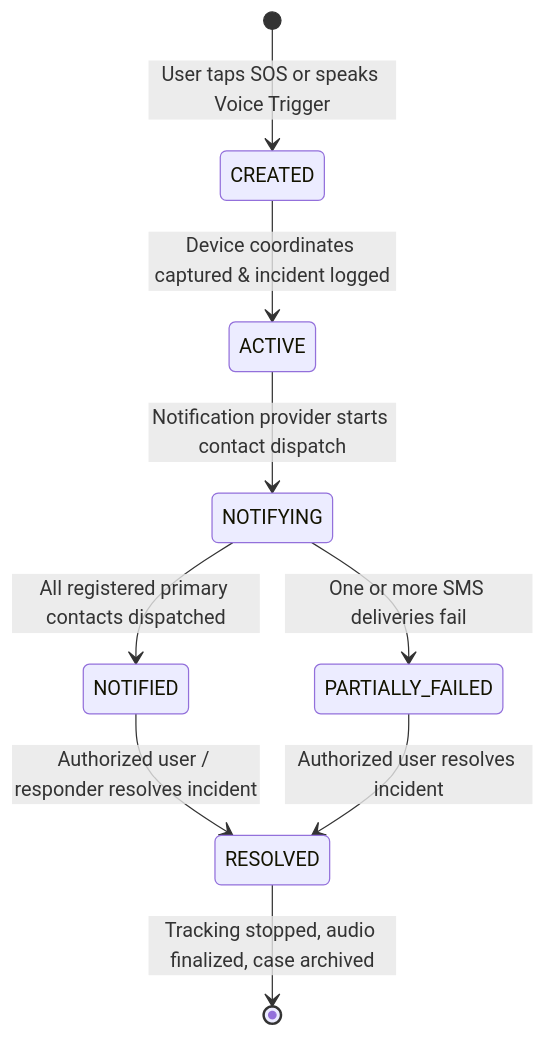
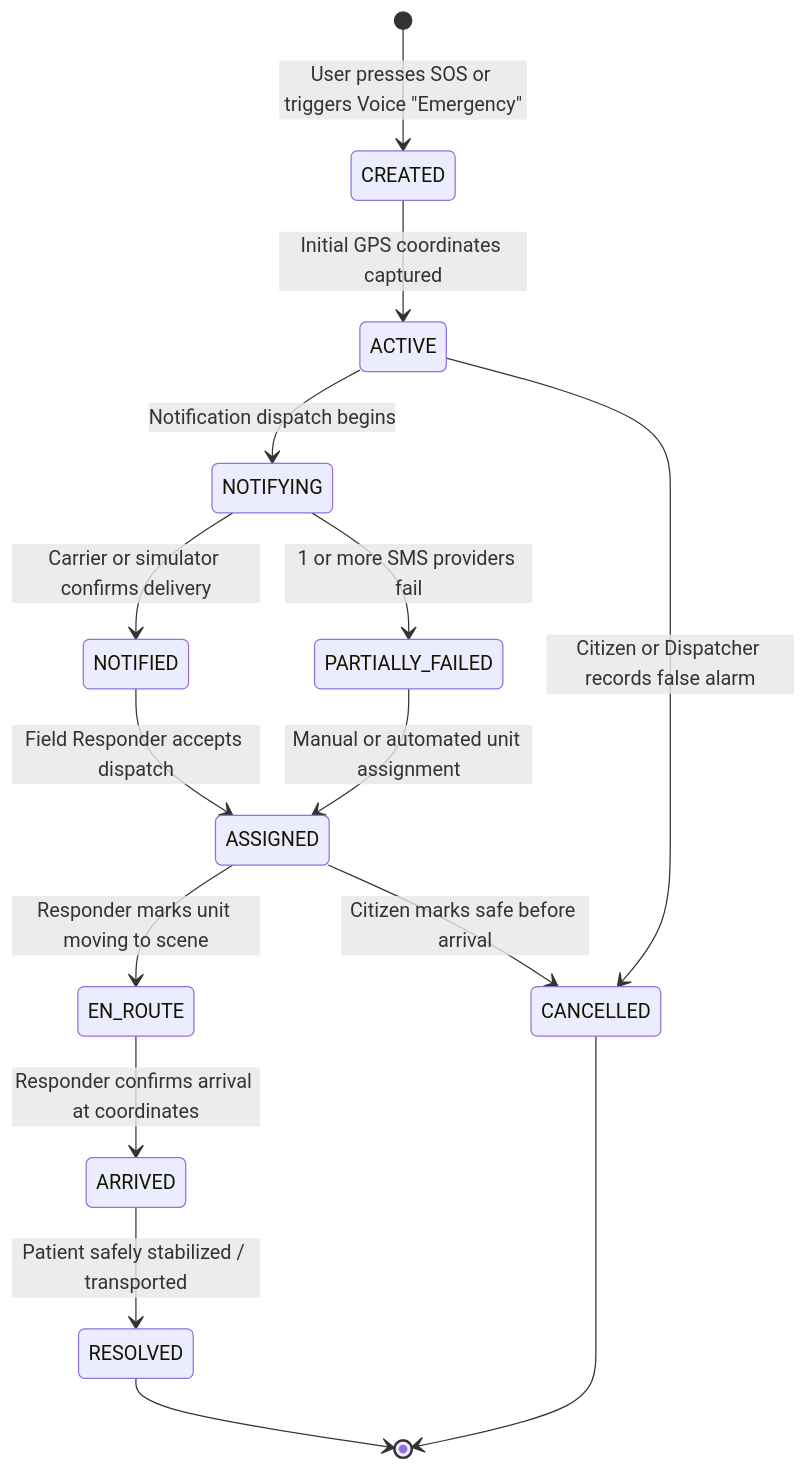
Before and after one commit to adityachourasiya30-ship-it/clinical-sanctuary: the second of 2 diagrams in docs/ARCHITECTURE.md, drawn with Mermaid. The commit also changed other lines of this file and 43 other files, not shown here.

Commit message:
Feat: Complete Next-Gen Clinical Sanctuary platform (Midnight Teal + Coral identity, 3 user personas, responder/dispatch architecture, and launcher)

````diff
--- a/docs/ARCHITECTURE.md
+++ b/docs/ARCHITECTURE.md
@@ -63,11 +73,17 @@
 ```mermaid
 stateDiagram-v2
-    [*] --> CREATED: User taps SOS or speaks Voice Trigger
-    CREATED --> ACTIVE: Device coordinates captured & incident logged
-    ACTIVE --> NOTIFYING: Notification provider starts contact dispatch
-    NOTIFYING --> NOTIFIED: All registered primary contacts dispatched
-    NOTIFYING --> PARTIALLY_FAILED: One or more SMS deliveries fail
-    NOTIFIED --> RESOLVED: Authorized user / responder resolves incident
-    PARTIALLY_FAILED --> RESOLVED: Authorized user resolves incident
-    RESOLVED --> [*]: Tracking stopped, audio finalized, case archived
+    [*] --> CREATED: User presses SOS or triggers Voice "Emergency"
+    CREATED --> ACTIVE: Initial GPS coordinates captured
+    ACTIVE --> NOTIFYING: Notification dispatch begins
+    NOTIFYING --> NOTIFIED: Carrier or simulator confirms delivery
+    NOTIFYING --> PARTIALLY_FAILED: 1 or more SMS providers fail
+    NOTIFIED --> ASSIGNED: Field Responder accepts dispatch
+    PARTIALLY_FAILED --> ASSIGNED: Manual or automated unit assignment
+    ASSIGNED --> EN_ROUTE: Responder marks unit moving to scene
+    EN_ROUTE --> ARRIVED: Responder confirms arrival at coordinates
+    ARRIVED --> RESOLVED: Patient safely stabilized / transported
+    ACTIVE --> CANCELLED: Citizen or Dispatcher records false alarm
+    ASSIGNED --> CANCELLED: Citizen marks safe before arrival
+    RESOLVED --> [*]
+    CANCELLED --> [*]
 ```
````
